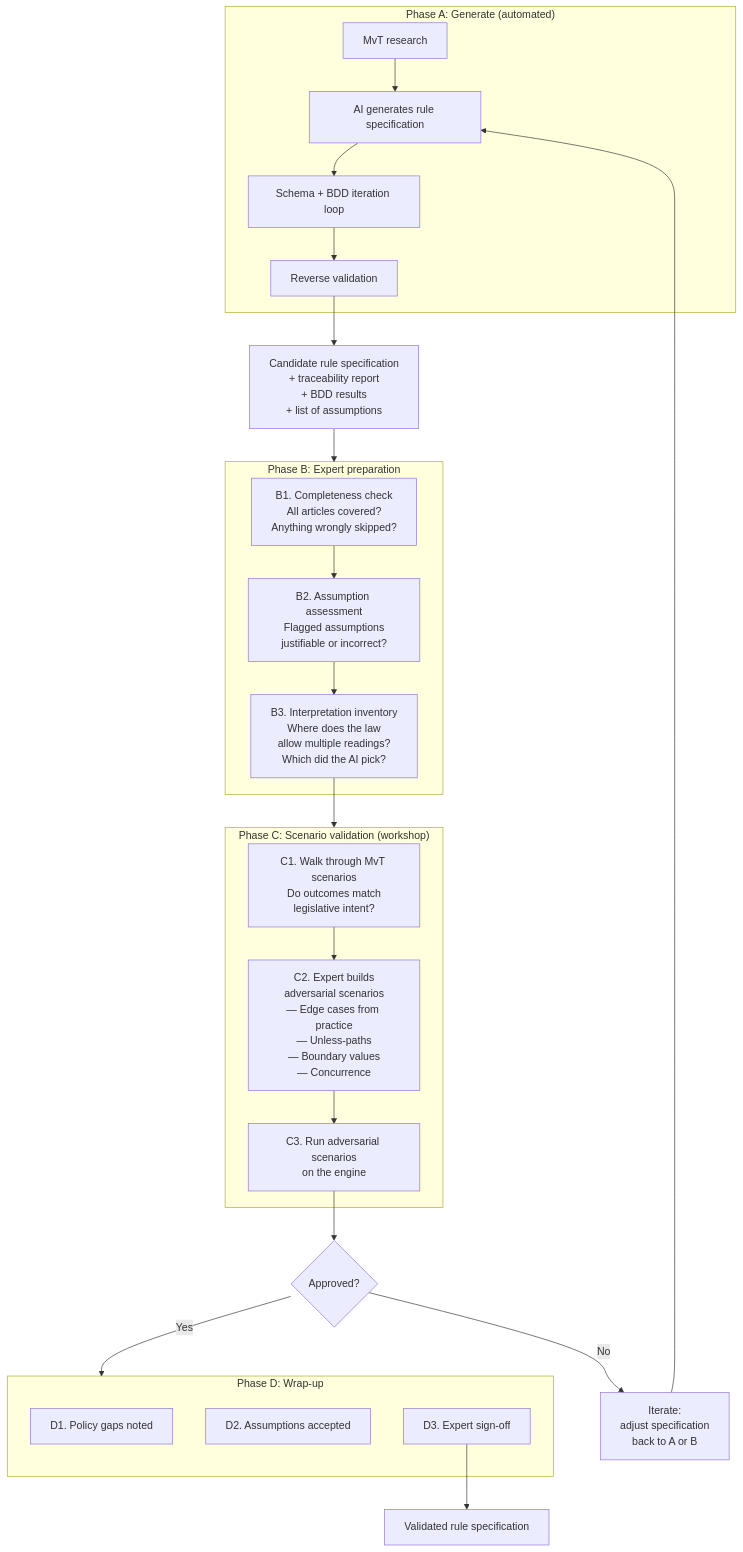
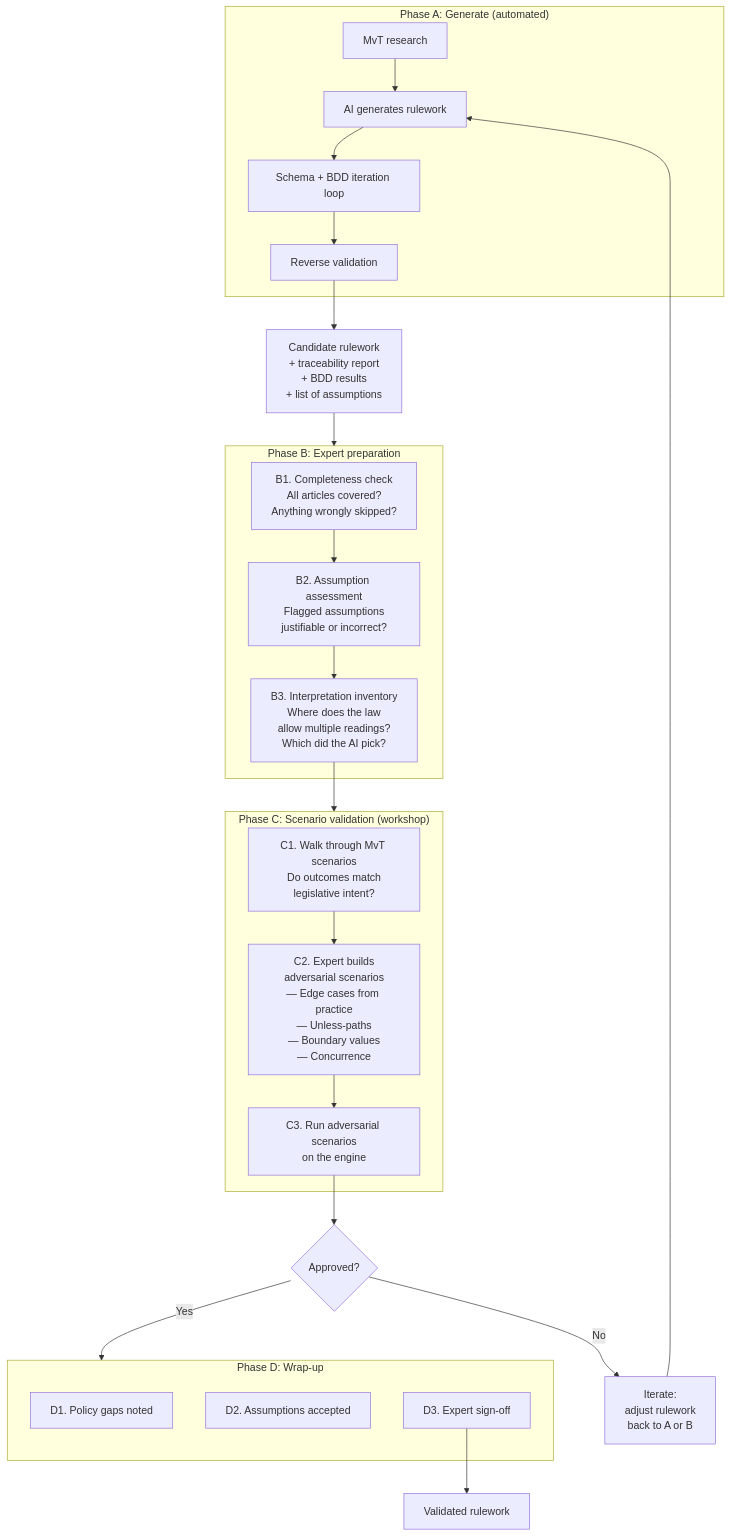
One commit to MinBZK/regelrecht changed the fourth of 5 diagrams in docs/src/content/docs/concepts/validation-methodology.md. Above: the diagram before and after it, drawn with Mermaid. The commit also changed other lines of this file and 57 other files, not shown here.

````diff
--- a/docs/src/content/docs/concepts/validation-methodology.md
+++ b/docs/src/content/docs/concepts/validation-methodology.md
@@ -148,41 +148,41 @@
 ```mermaid
 flowchart TD
     subgraph A ["Phase A: Generate (automated)"]
-        A1[MvT research] --> A2[AI generates rule specification]
+        A1[MvT research] --> A2[AI generates rulework]
         A2 --> A3[Schema + BDD iteration loop]
         A3 --> A4[Reverse validation]
     end
 
-    A4 --> CANDIDATE["Candidate rule specification\n+ traceability report\n+ BDD results\n+ list of assumptions"]
+    A4 --> CANDIDATE["Candidate rulework\n+ traceability report\n+ BDD results\n+ list of assumptions"]
 
     CANDIDATE --> B
 
     subgraph B ["Phase B: Expert preparation"]
         B1[B1. Completeness check\nAll articles covered?\nAnything wrongly skipped?]
         B2[B2. Assumption assessment\nFlagged assumptions\njustifiable or incorrect?]
         B3[B3. Interpretation inventory\nWhere does the law\nallow multiple readings?\nWhich did the AI pick?]
         B1 --> B2 --> B3
     end
 
     B3 --> C
 
     subgraph C ["Phase C: Scenario validation (workshop)"]
         C1[C1. Walk through MvT scenarios\nDo outcomes match\nlegislative intent?]
         C2["C2. Expert builds\nadversarial scenarios\n— Edge cases from practice\n— Unless-paths\n— Boundary values\n— Concurrence"]
         C3[C3. Run adversarial scenarios\non the engine]
         C1 --> C2 --> C3
     end
 
     C3 --> PASS{Approved?}
-    PASS -->|No| ITERATE[Iterate:\nadjust specification\nback to A or B]
+    PASS -->|No| ITERATE[Iterate:\nadjust rulework\nback to A or B]
     ITERATE --> A2
     PASS -->|Yes| D
 
     subgraph D ["Phase D: Wrap-up"]
         D1[D1. Policy gaps noted]
         D2[D2. Assumptions accepted]
         D3[D3. Expert sign-off]
     end
 
-    D3 --> DONE[Validated rule specification]
+    D3 --> DONE[Validated rulework]
 ```
````
